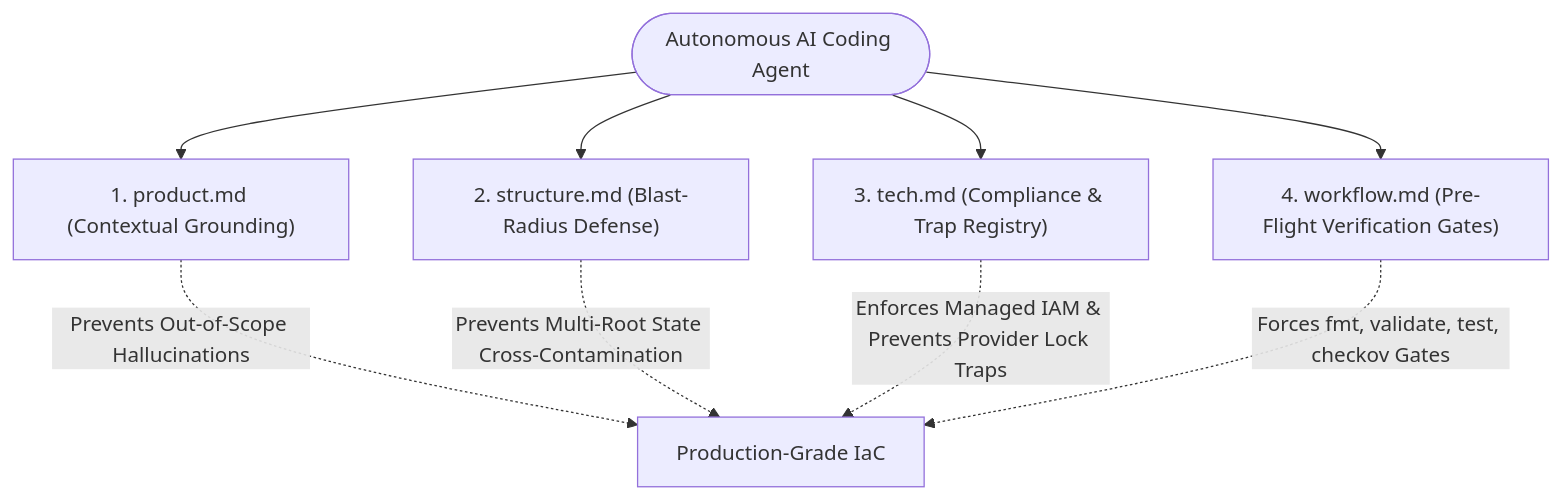
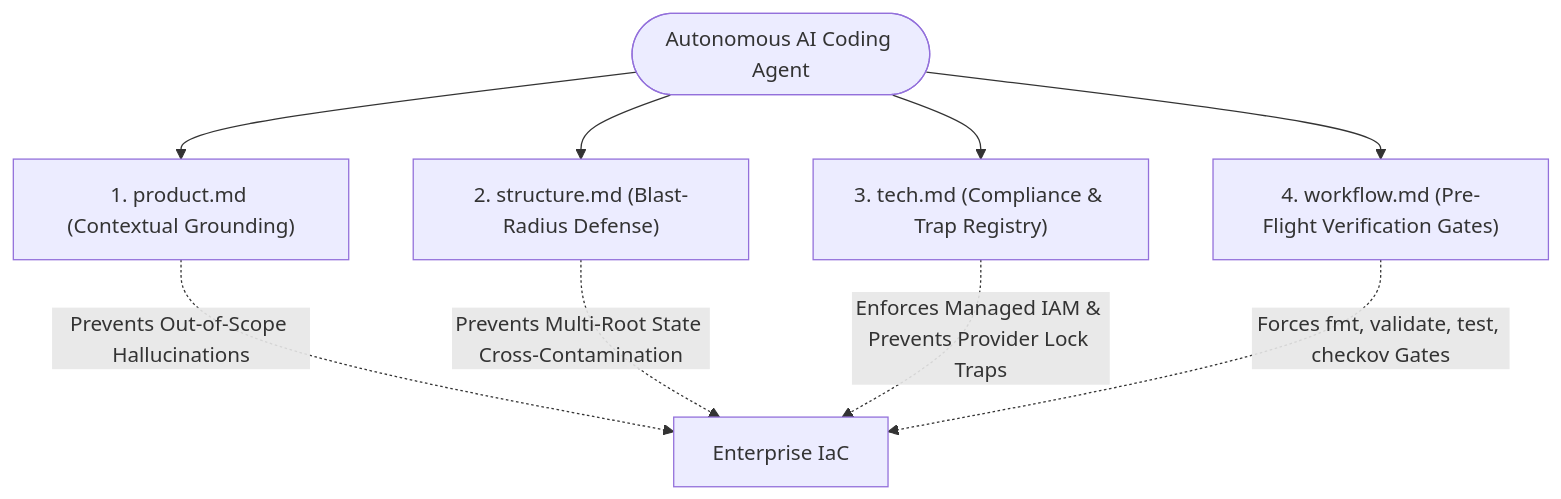
One commit to paulkanz/ai-agent-iac-steering-framework changed the diagram in README.md. Above: the diagram before and after it, drawn with Mermaid.

Commit message:
docs: refine documentation tone and remove promotional buzzwords

````diff
--- a/README.md
+++ b/README.md
@@ -36,12 +36,12 @@
 ```mermaid
 graph TD
     Agent([Autonomous AI Coding Agent]) --> P1["1. product.md (Contextual Grounding)"]
     Agent --> P2["2. structure.md (Blast-Radius Defense)"]
     Agent --> P3["3. tech.md (Compliance & Trap Registry)"]
     Agent --> P4["4. workflow.md (Pre-Flight Verification Gates)"]
     
-    P1 -.->|Prevents Out-of-Scope Hallucinations| Code[Production-Grade IaC]
+    P1 -.->|Prevents Out-of-Scope Hallucinations| Code[Enterprise IaC]
     P2 -.->|Prevents Multi-Root State Cross-Contamination| Code
     P3 -.->|Enforces Managed IAM & Prevents Provider Lock Traps| Code
     P4 -.->|Forces fmt, validate, test, checkov Gates| Code
 ```
````
